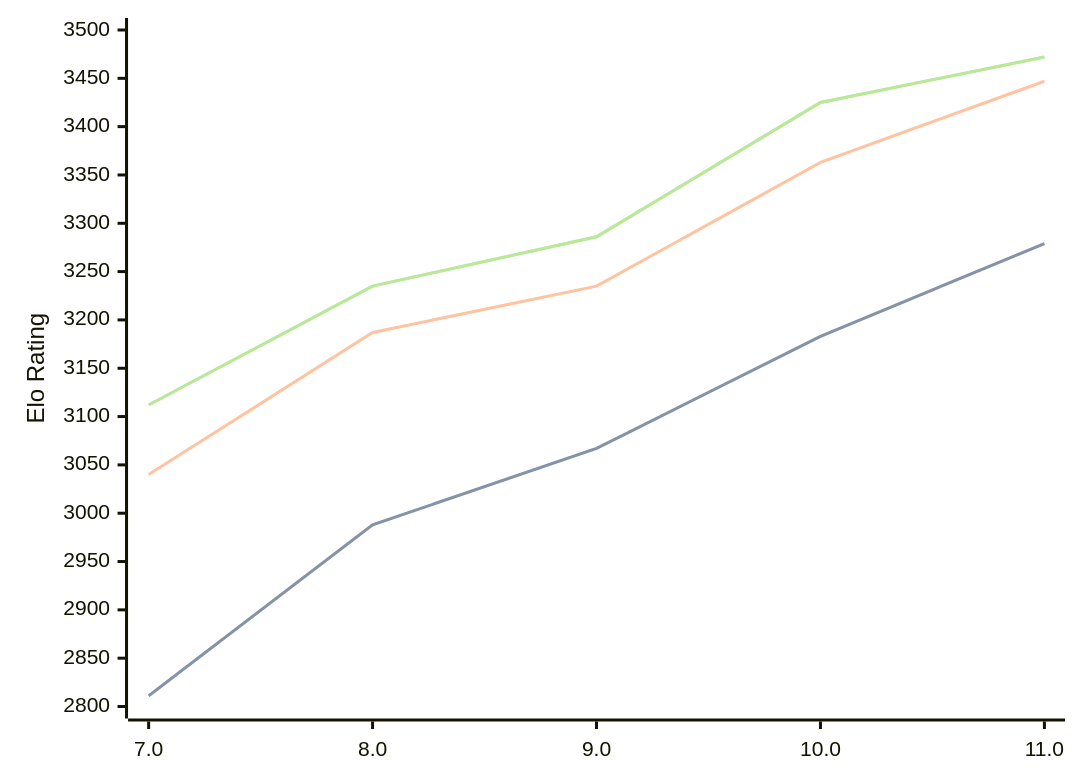
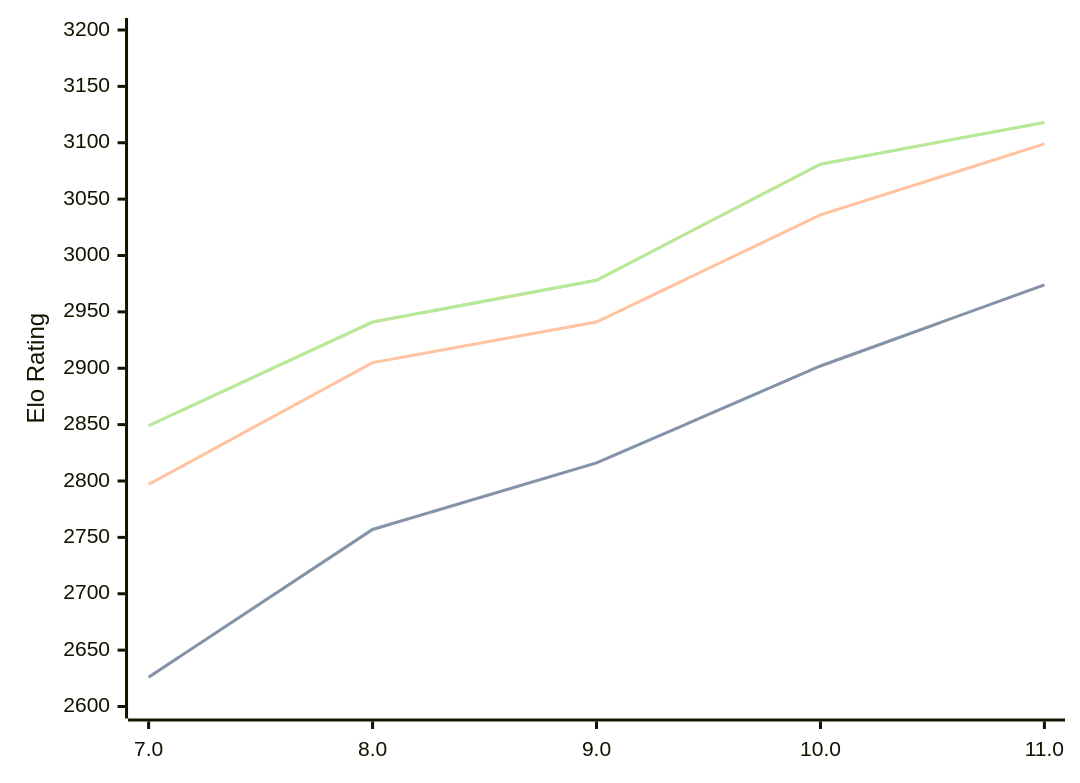
One commit to computer-chess-index/cci changed the diagram in engines/Tcheran.md. Above: the diagram before and after it, drawn with Mermaid. The commit also changed other lines of this file, not shown here.

Commit message:
Update CCI Ratings (ELO VLTC) - 2026-02-23

````diff
--- a/engines/Tcheran.md
+++ b/engines/Tcheran.md
@@ -46,11 +46,11 @@
 ```mermaid
 %%{init: {"theme":"base","themeVariables":{"seriesColors:['#a3a3a3','#222221','#faa371']}}}%%
 xychart-beta
   x-axis ["7.0", "8.0", "9.0", "10.0", "11.0"]
-  y-axis "Elo Rating" 2800 --> 3500
-  line "STC (8.0+0.08s)" [2811, 2988, 3067, 3183, 3279]
-  line "STC (8.0+0.08s)" [2811, 2988, 3067, 3183, 3279]
-  line "LTC (60.0+0.60s)" [3040, 3187, 3235, 3363, 3447]
-  line "VLTC (2m24s+1.12s)" [3112, 3235, 3286, 3425, 3472]
-  line "VLTC (2m24s+1.12s)" [3112, 3235, 3286, 3425, 3472]
+  y-axis "Elo Rating" 2600 --> 3200
+  line "STC (8.0+0.08s)" [2626, 2757, 2816, 2902, 2974]
+  line "STC (8.0+0.08s)" [2626, 2757, 2816, 2902, 2974]
+  line "LTC (60.0+0.60s)" [2797, 2905, 2941, 3036, 3099]
+  line "VLTC (2m24s+1.12s)" [2849, 2941, 2978, 3081, 3118]
+  line "VLTC (2m24s+1.12s)" [2849, 2941, 2978, 3081, 3118]
 ```
````
